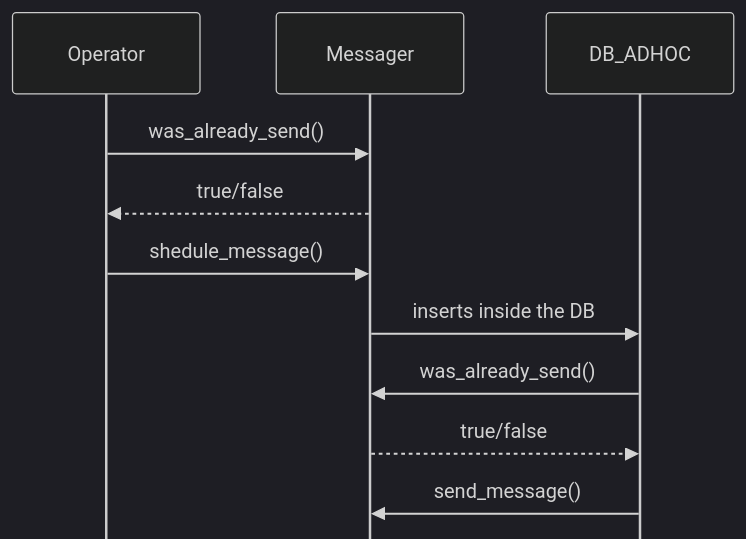
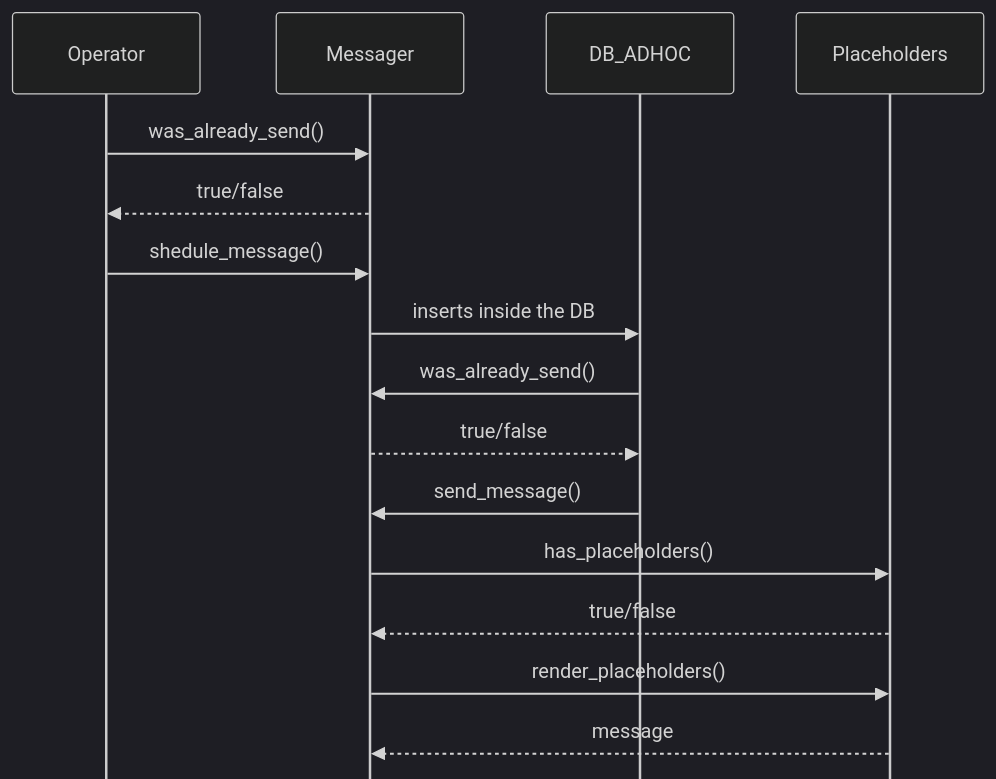
Before and after one commit to Wunderbyte-GmbH/Moodle-local_taskflow: the diagram in classes/local/messages/messages_info.md, drawn with Mermaid. The commit also changed 17 other files, not shown here.

````diff
--- a/classes/local/messages/messages_info.md
+++ b/classes/local/messages/messages_info.md
@@ -1,23 +1,29 @@
 ```mermaid
     %%{init: {
     "theme": "dark",
     "sequence": {
         "mirrorActors": false,
         "showSequenceNumbers": false
     }
     }}%%
     sequenceDiagram
         participant Operator
         participant Messager
         participant DB_ADHOC
+        participant Placeholders
 
         Operator->>Messager: was_already_send()
         Messager-->>Operator: true/false
 
         Operator->>Messager: shedule_message()
         Messager->>DB_ADHOC: inserts inside the DB
 
         DB_ADHOC->>Messager: was_already_send()
         Messager-->>DB_ADHOC: true/false
         DB_ADHOC->>Messager: send_message()
+
+        Messager->>Placeholders: has_placeholders()
+        Placeholders-->>Messager: true/false
+        Messager->>Placeholders: render_placeholders()
+        Placeholders-->>Messager: message
 ```
````
